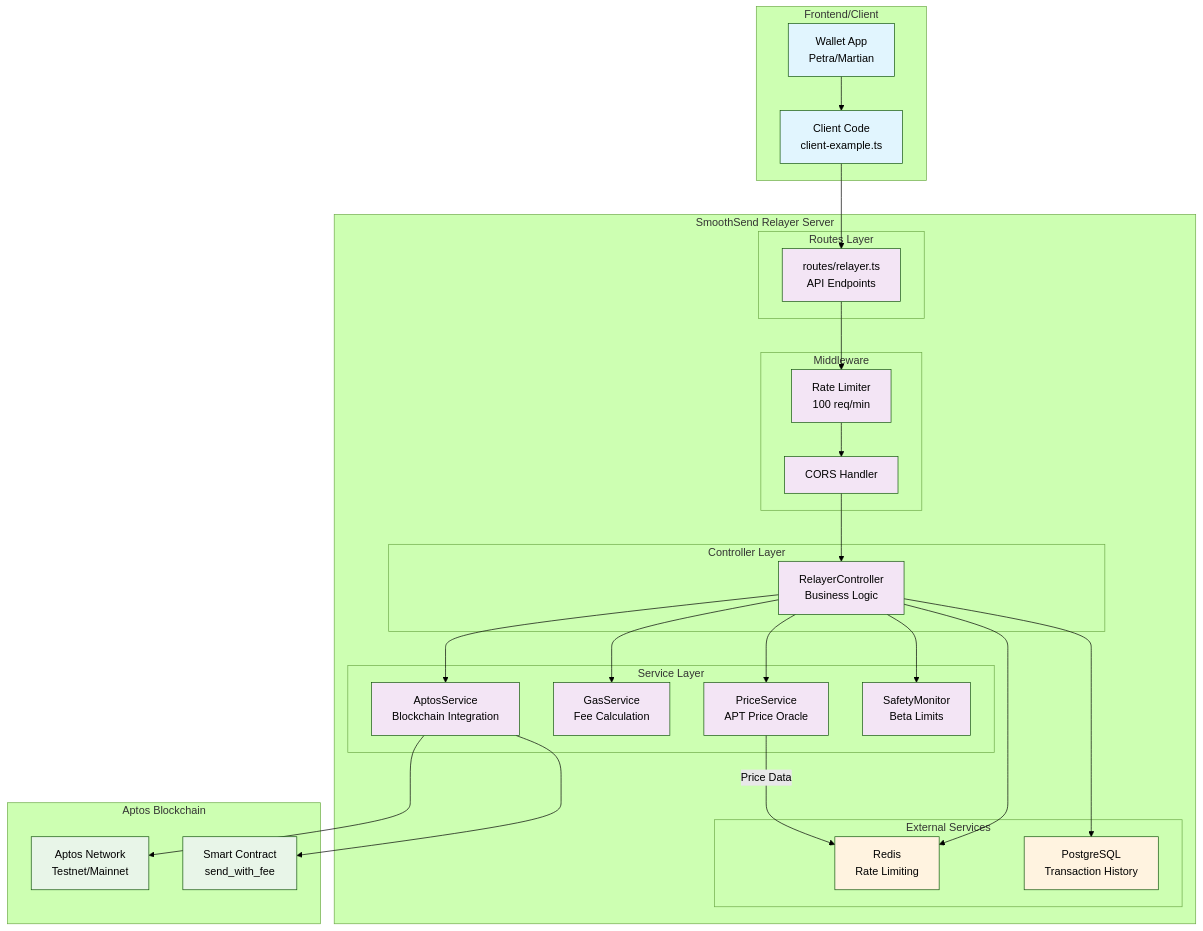
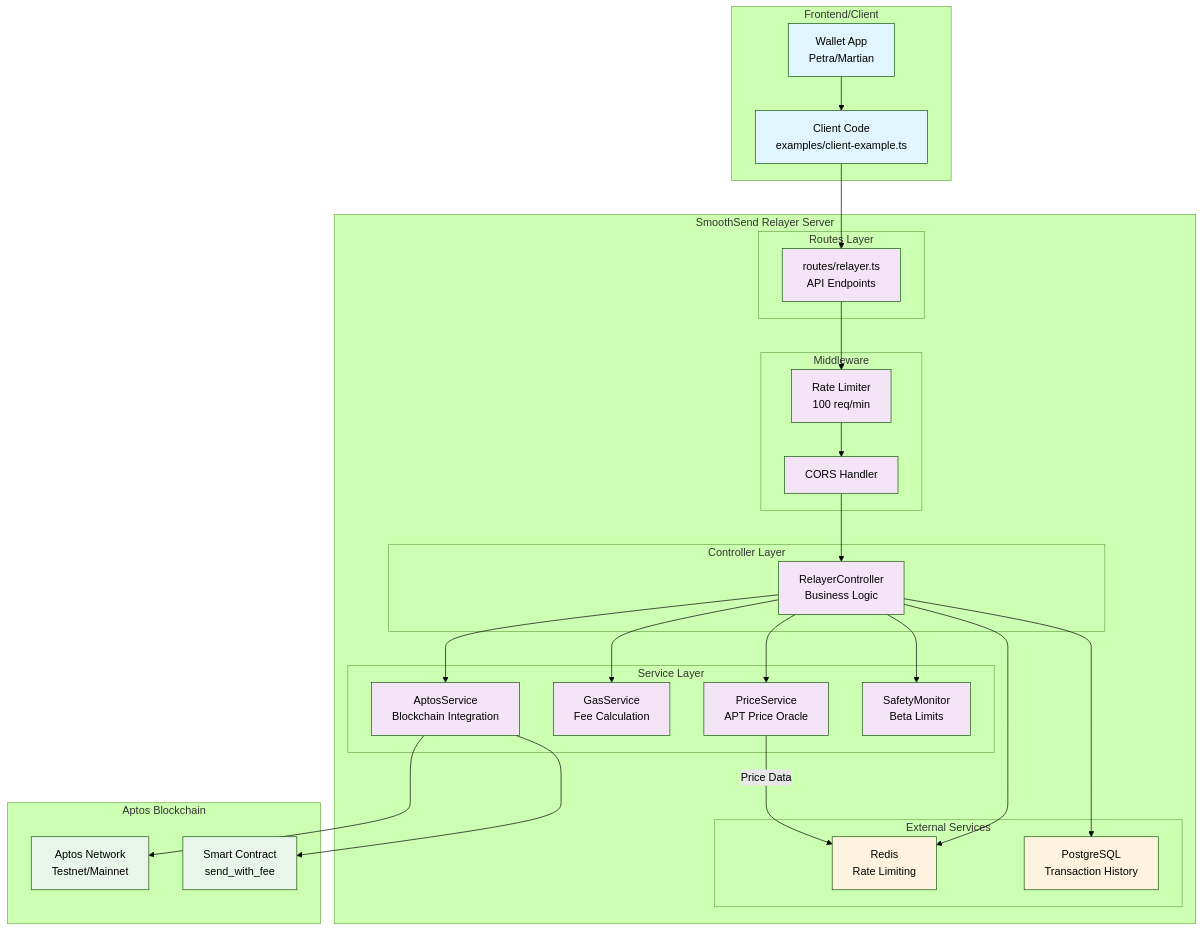
The first of 8 diagrams in docs/CODE_FLOW_DIAGRAMS.md (SmoothSend/SmoothSendRelayerWorking), drawn with Mermaid (forest theme) before and after one commit. The commit also changed 7 other files, not shown here.

````diff
--- a/docs/CODE_FLOW_DIAGRAMS.md
+++ b/docs/CODE_FLOW_DIAGRAMS.md
@@ -5,68 +5,68 @@
 ```mermaid
 graph TB
     subgraph "Frontend/Client"
         W[Wallet App<br/>Petra/Martian]
-        C[Client Code<br/>client-example.ts]
+        C[Client Code<br/>examples/client-example.ts]
     end
     
     subgraph "SmoothSend Relayer Server"
         subgraph "Routes Layer"
             R[routes/relayer.ts<br/>API Endpoints]
         end
         
         subgraph "Middleware"
             RL[Rate Limiter<br/>100 req/min]
             CORS[CORS Handler]
         end
         
         subgraph "Controller Layer"
             RC[RelayerController<br/>Business Logic]
         end
         
         subgraph "Service Layer"
             AS[AptosService<br/>Blockchain Integration]
             GS[GasService<br/>Fee Calculation]
             PS[PriceService<br/>APT Price Oracle]
             SM[SafetyMonitor<br/>Beta Limits]
         end
         
         subgraph "External Services"
             RD[Redis<br/>Rate Limiting]
             PG[PostgreSQL<br/>Transaction History]
         end
     end
     
     subgraph "Aptos Blockchain"
         APT[Aptos Network<br/>Testnet/Mainnet]
         SC[Smart Contract<br/>send_with_fee]
     end
     
     %% Main Flow
     W --> C
     C --> R
     R --> RL
     RL --> CORS
     CORS --> RC
     RC --> AS
     RC --> GS
     RC --> PS
     RC --> SM
     AS --> APT
     AS --> SC
     
     %% Data Storage
     RC --> RD
     RC --> PG
     PS --> |Price Data| RD
     
     %% Styling
     classDef frontend fill:#e1f5fe
     classDef server fill:#f3e5f5
     classDef blockchain fill:#e8f5e8
     classDef storage fill:#fff3e0
     
     class W,C frontend
     class R,RL,CORS,RC,AS,GS,PS,SM server
     class APT,SC blockchain
     class RD,PG storage
 ```
````
